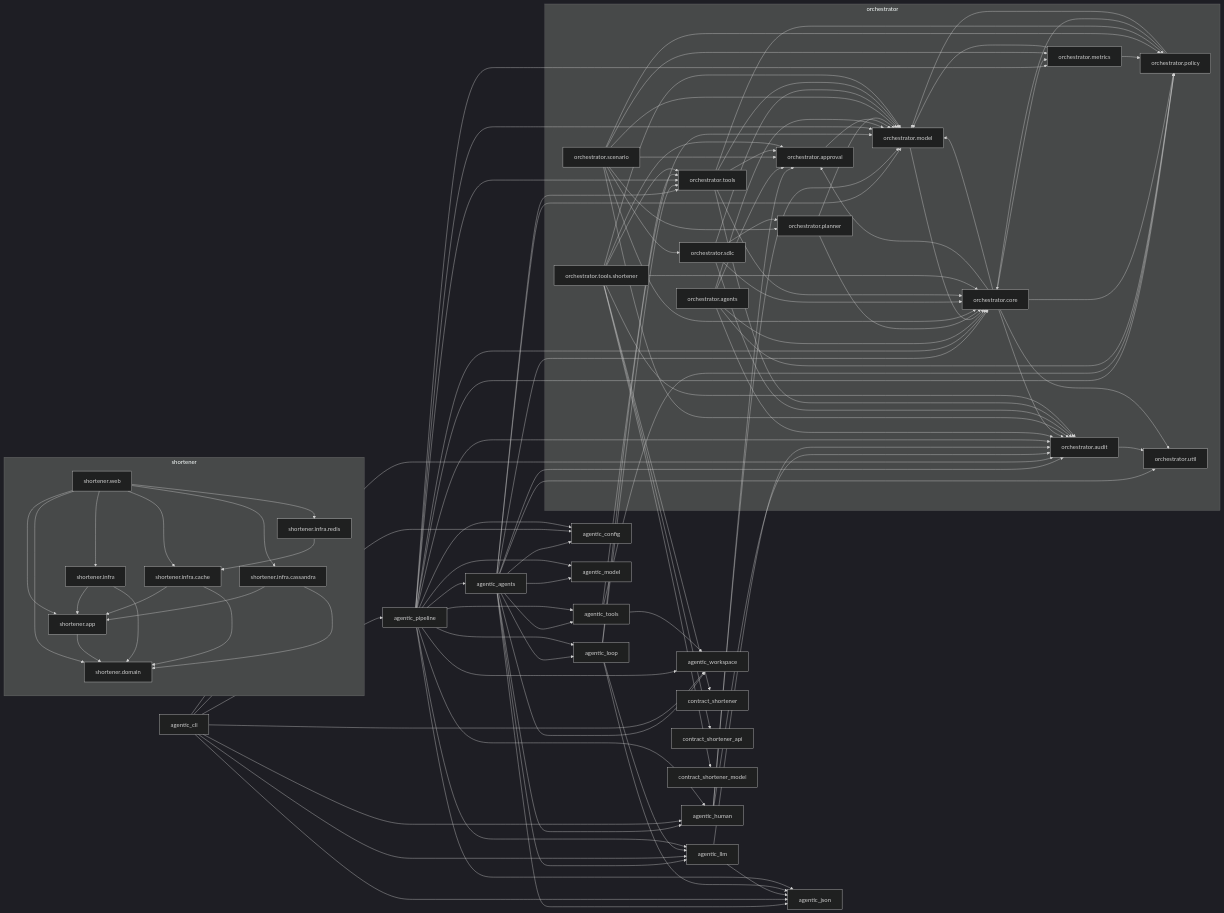
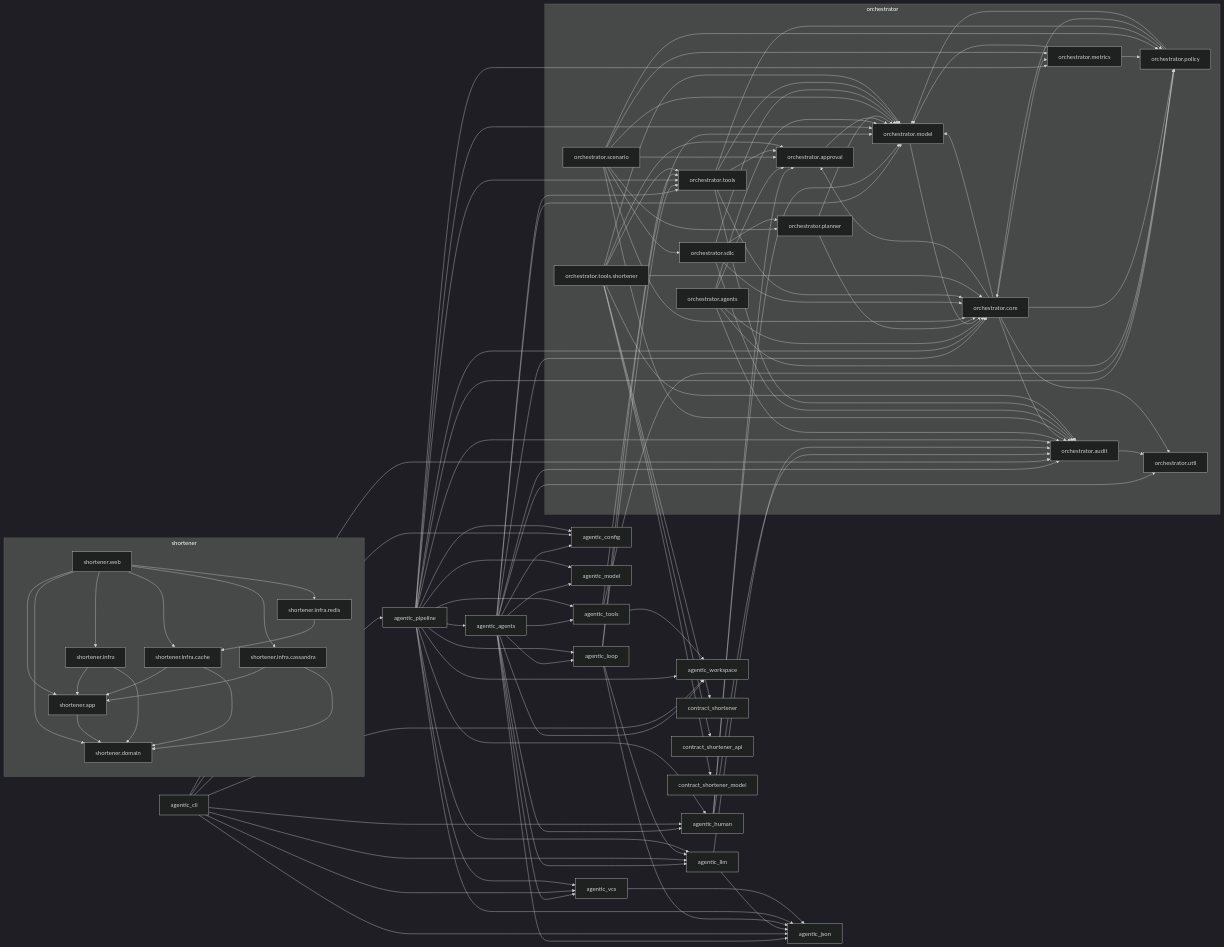
Before and after one commit to Pratsinh/Agentic-Url-Shortener: the first of 4 diagrams in docs/delivery/design.md, drawn with Mermaid (dark theme). The commit also changed other lines of this file and 21 other files, not shown here.

```diff
--- a/docs/delivery/design.md
+++ b/docs/delivery/design.md
@@ -41,6 +41,7 @@
   agentic_agents --> agentic_loop
   agentic_agents --> agentic_model
   agentic_agents --> agentic_tools
+  agentic_agents --> agentic_vcs
   agentic_agents --> agentic_workspace
   agentic_agents --> orchestrator_audit
   agentic_agents --> orchestrator_core
@@ -52,6 +53,7 @@
   agentic_cli --> agentic_json
   agentic_cli --> agentic_llm
   agentic_cli --> agentic_pipeline
+  agentic_cli --> agentic_vcs
   agentic_cli --> agentic_workspace
   agentic_cli --> orchestrator_audit
   agentic_human --> orchestrator_approval
@@ -71,6 +73,7 @@
   agentic_pipeline --> agentic_loop
   agentic_pipeline --> agentic_model
   agentic_pipeline --> agentic_tools
+  agentic_pipeline --> agentic_vcs
   agentic_pipeline --> agentic_workspace
   agentic_pipeline --> orchestrator_audit
   agentic_pipeline --> orchestrator_core
@@ -81,6 +84,7 @@
   agentic_tools --> agentic_workspace
   agentic_tools --> orchestrator_policy
   agentic_tools --> orchestrator_tools
+  agentic_vcs --> agentic_json
   orchestrator_agents --> orchestrator_approval
   orchestrator_agents --> orchestrator_audit
   orchestrator_agents --> orchestrator_core
```
